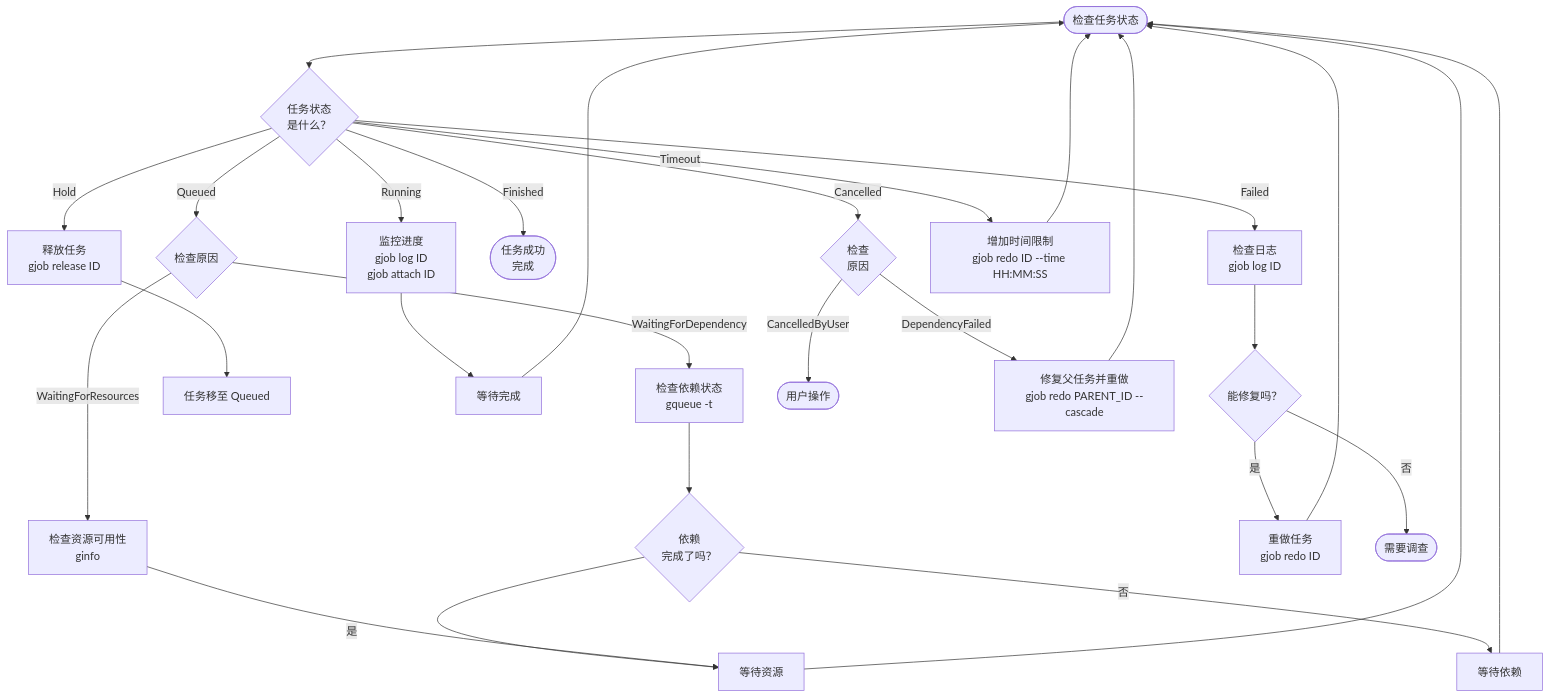
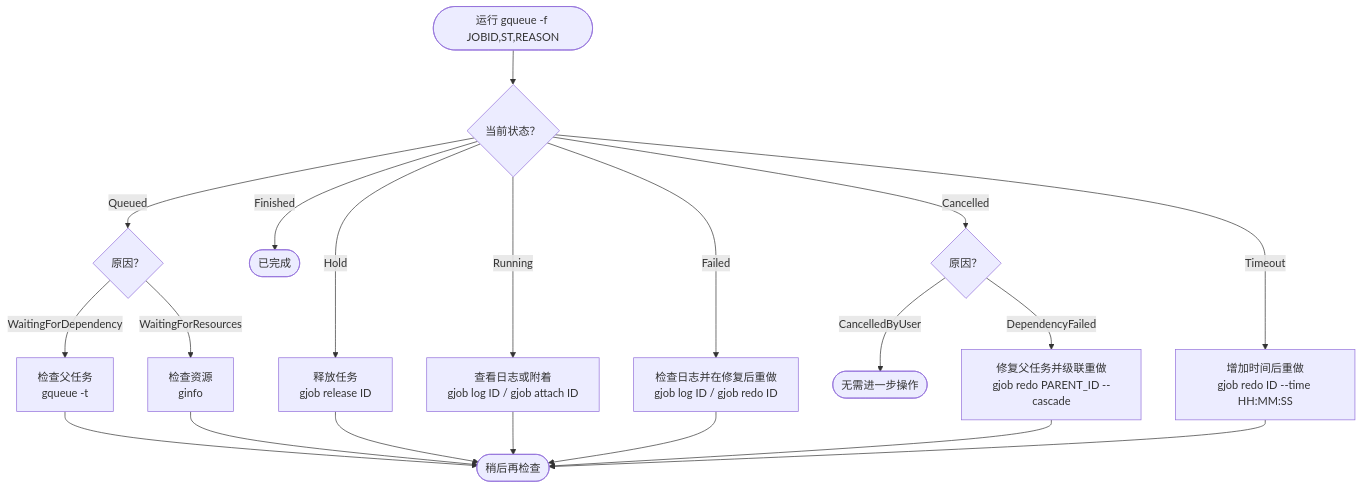
One commit to AndPuQing/gflow changed the second of 2 diagrams in docs/src/zh-CN/user-guide/job-lifecycle.md. Above: the diagram before and after it, drawn with Mermaid. The commit also changed other lines of this file and 1 other file, not shown here.

Commit message:
docs: Simplify job lifecycle diagrams
Replace the detailed mermaid stateDiagram with simplified flowchart
diagrams in docs/src/{user-guide,zh-CN}/job-lifecycle.md. Add Mermaid
frontmatter (showToolbar: true) and a brief note about the toolbar.
Clarify the status-check workflow into a check -> action -> recheck
loop.

````diff
--- a/docs/src/zh-CN/user-guide/job-lifecycle.md
+++ b/docs/src/zh-CN/user-guide/job-lifecycle.md
@@ -93,38 +90,32 @@
 ```mermaid
+---
+showToolbar: true
+---
 flowchart TD
-    Start([检查任务状态]) --> CheckState{任务状态<br/>是什么？}
+    Check([运行 gqueue -f JOBID,ST,REASON]) --> State{当前状态？}
 
-    CheckState -->|Queued| CheckReason{检查原因}
-    CheckReason -->|WaitingForDependency| CheckDep[检查依赖状态<br/>gqueue -t]
-    CheckReason -->|WaitingForResources| CheckRes[检查资源可用性<br/>ginfo]
-    CheckDep --> DepOK{依赖<br/>完成了吗？}
-    DepOK -->|是| Wait1[等待资源]
-    DepOK -->|否| Wait2[等待依赖]
-    CheckRes --> Wait1
+    State -->|Queued| QueuedReason{原因？}
+    QueuedReason -->|WaitingForDependency| Dep[检查父任务<br/>gqueue -t]
+    QueuedReason -->|WaitingForResources| Res[检查资源<br/>ginfo]
+    Dep --> Recheck([稍后再检查])
+    Res --> Recheck
 
-    CheckState -->|Hold| Release[释放任务<br/>gjob release ID]
-    Release --> Queued2[任务移至 Queued]
+    State -->|Hold| Release[释放任务<br/>gjob release ID]
+    Release --> Recheck
 
-    CheckState -->|Running| Monitor[监控进度<br/>gjob log ID<br/>gjob attach ID]
-    Monitor --> Wait3[等待完成]
+    State -->|Running| Monitor[查看日志或附着<br/>gjob log ID / gjob attach ID]
+    Monitor --> Recheck
 
-    CheckState -->|Finished| Success([任务成功<br/>完成])
+    State -->|Finished| Done([已完成])
 
-    CheckState -->|Failed| Investigate[检查日志<br/>gjob log ID]
-    Investigate --> Fix{能修复吗？}
-    Fix -->|是| Redo[重做任务<br/>gjob redo ID]
-    Fix -->|否| End1([需要调查])
+    State -->|Failed| Retry[检查日志并在修复后重做<br/>gjob log ID / gjob redo ID]
+    Retry --> Recheck
 
-    CheckState -->|Cancelled| CheckCancelReason{检查<br/>原因}
-    CheckCancelReason -->|CancelledByUser| End2([用户操作])
-    CheckCancelReason -->|DependencyFailed| RedoCascade[修复父任务并重做<br/>gjob redo PARENT_ID --cascade]
+    State -->|Cancelled| CancelReason{原因？}
+    CancelReason -->|CancelledByUser| Stop([无需进一步操作])
+    CancelReason -->|DependencyFailed| Cascade[修复父任务并级联重做<br/>gjob redo PARENT_ID --cascade]
+    Cascade --> Recheck
 
-    CheckState -->|Timeout| IncreaseTime[增加时间限制<br/>gjob redo ID --time HH:MM:SS]
-
-    Wait1 --> Start
-    Wait2 --> Start
-    Wait3 --> Start
-    Redo --> Start
-    RedoCascade --> Start
-    IncreaseTime --> Start
+    State -->|Timeout| MoreTime[增加时间后重做<br/>gjob redo ID --time HH:MM:SS]
+    MoreTime --> Recheck
 ```
````
